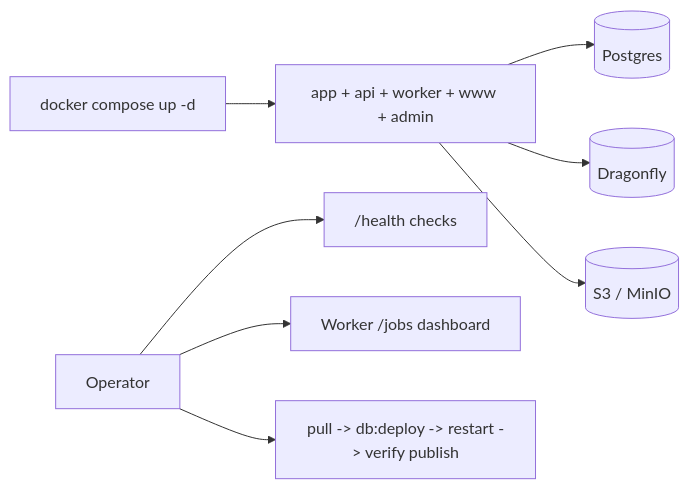
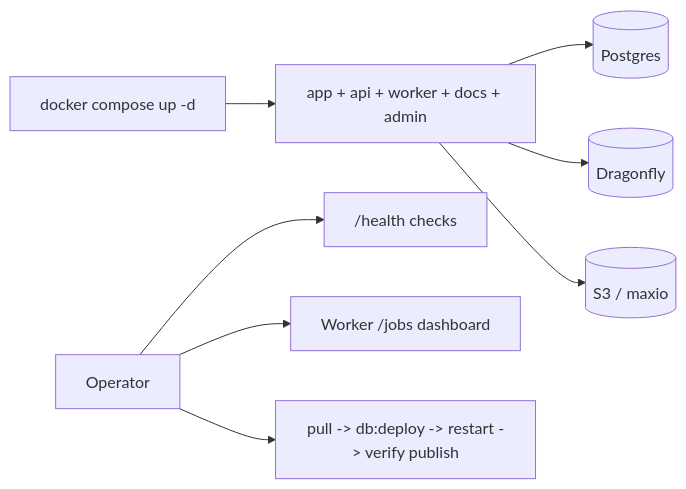
One commit to lord007tn/nibleaf changed diagram 18 of 19 in USER-STORIES.md. Above: the diagram before and after it, drawn with Mermaid. The commit also changed other lines of this file and 175 other files, not shown here.

````diff
--- a/USER-STORIES.md
+++ b/USER-STORIES.md
@@ -486,10 +484,10 @@
 ```mermaid
 flowchart LR
-    Compose["docker compose up -d"] --> Stack["app + api + worker + www + admin"]
+    Compose["docker compose up -d"] --> Stack["app + api + worker + docs + admin"]
     Stack --> PG[("Postgres")]
     Stack --> DF[("Dragonfly")]
-    Stack --> S3[("S3 / MinIO")]
+    Stack --> S3[("S3 / maxio")]
     Ops["Operator"] --> Health["/health checks"]
     Ops --> Jobs["Worker /jobs dashboard"]
     Ops --> Upgrade["pull -> db:deploy -> restart -> verify publish"]
 ```
````
